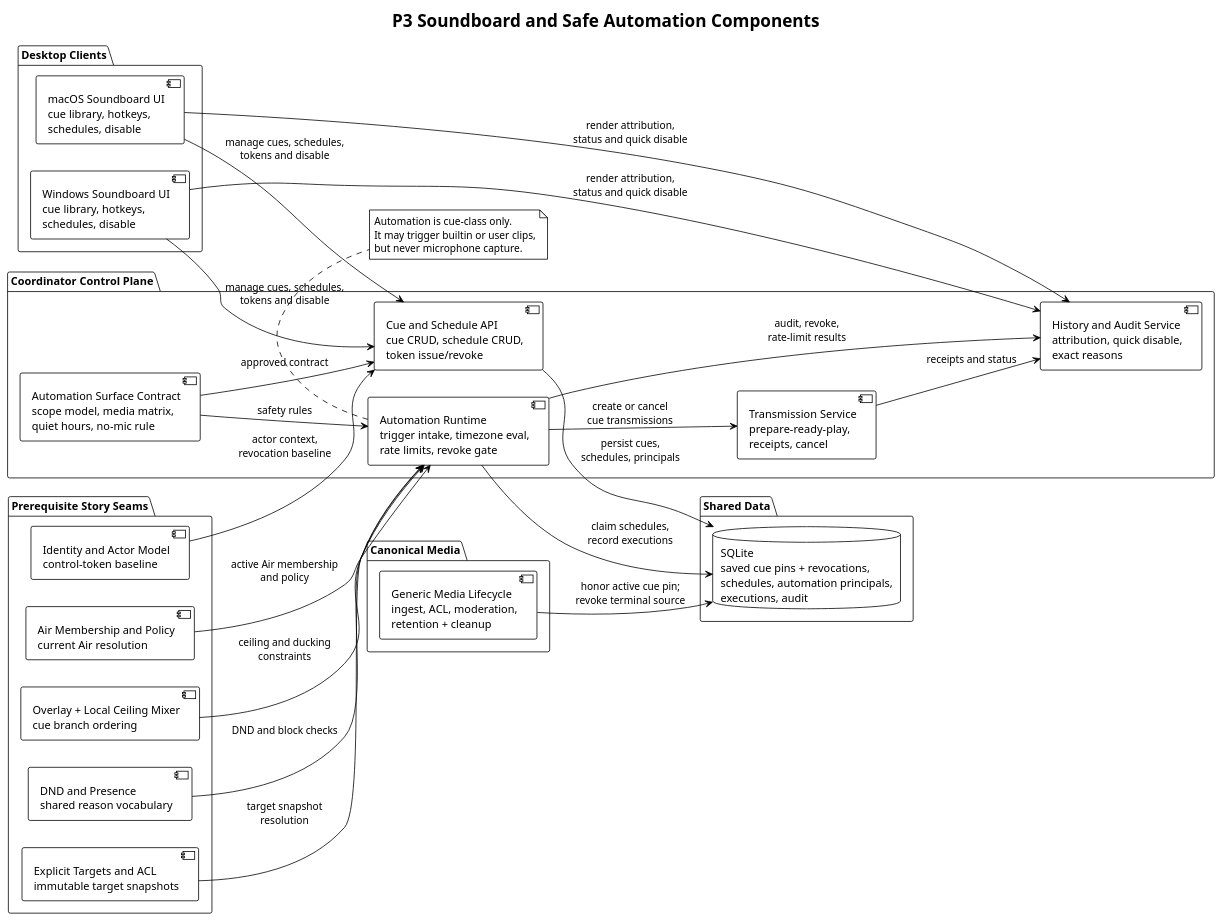
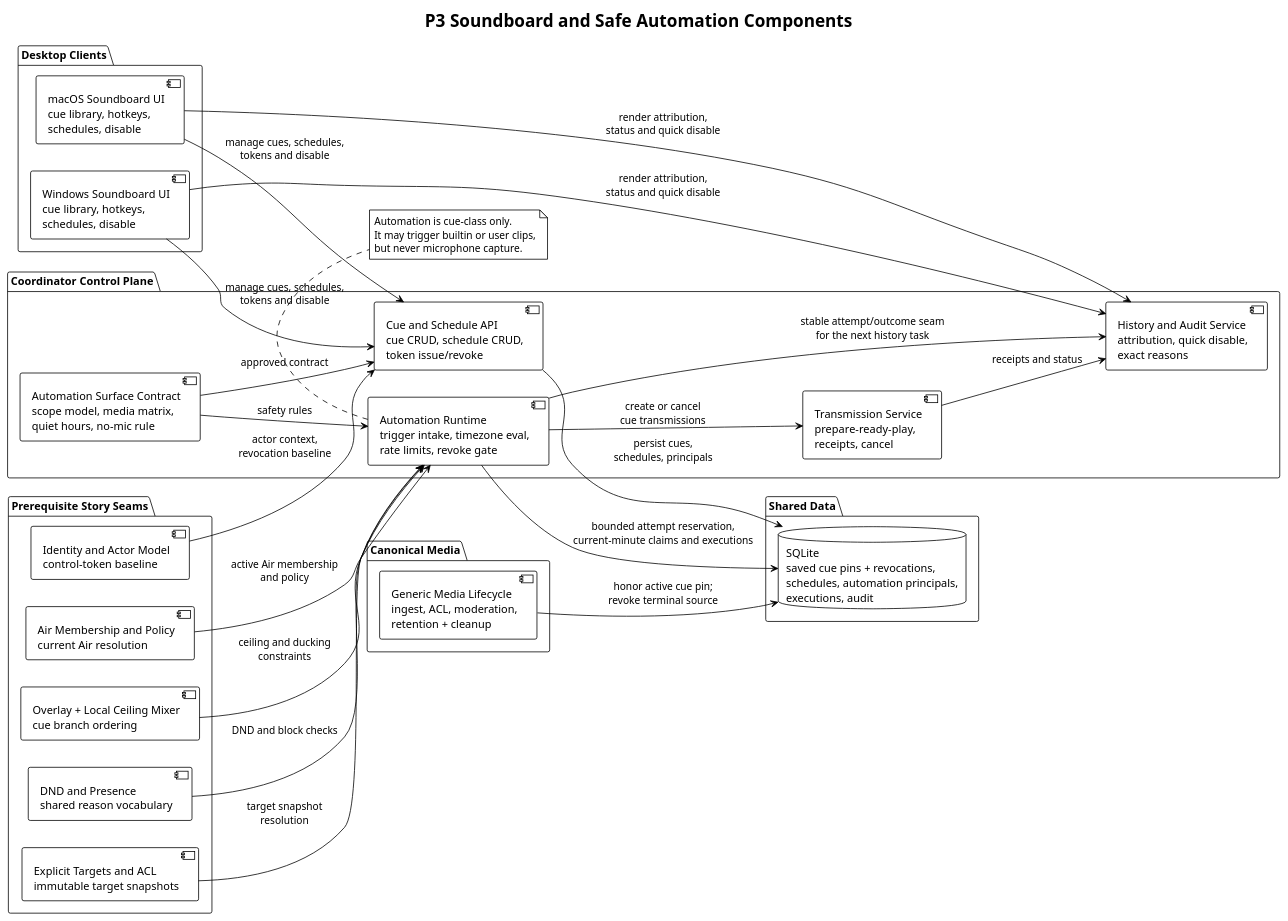
The diagram in docs/diagrams/p3-soundboard-automation-components.puml (relux-works/barycenter), drawn with PlantUML before and after one commit. The commit also changed 17 other files, not shown here.

Commit message:
feat(automation): add safe bounded runtime

```diff
--- a/docs/diagrams/p3-soundboard-automation-components.puml
+++ b/docs/diagrams/p3-soundboard-automation-components.puml
@@ -1,62 +1,62 @@
 @startuml
 !theme plain
 left to right direction
 
 title P3 Soundboard and Safe Automation Components
 
 package "Desktop Clients" {
   component "macOS Soundboard UI\ncue library, hotkeys,\nschedules, disable" as MacUI
   component "Windows Soundboard UI\ncue library, hotkeys,\nschedules, disable" as WinUI
 }
 
 package "Coordinator Control Plane" {
   component "Automation Surface Contract\nscope model, media matrix,\nquiet hours, no-mic rule" as Contract
   component "Cue and Schedule API\ncue CRUD, schedule CRUD,\ntoken issue/revoke" as ControlAPI
   component "Automation Runtime\ntrigger intake, timezone eval,\nrate limits, revoke gate" as Runtime
   component "Transmission Service\nprepare-ready-play,\nreceipts, cancel" as Tx
   component "History and Audit Service\nattribution, quick disable,\nexact reasons" as History
 }
 
 package "Shared Data" {
   database "SQLite\nsaved cue pins + revocations,\nschedules, automation principals,\nexecutions, audit" as DB
 }
 
 package "Canonical Media" {
   component "Generic Media Lifecycle\ningest, ACL, moderation,\nretention + cleanup" as Media
 }
 
 package "Prerequisite Story Seams" {
   component "Identity and Actor Model\ncontrol-token baseline" as Identity
   component "DND and Presence\nshared reason vocabulary" as Presence
   component "Explicit Targets and ACL\nimmutable target snapshots" as Targets
   component "Air Membership and Policy\ncurrent Air resolution" as Air
   component "Overlay + Local Ceiling Mixer\ncue branch ordering" as Mixer
 }
 
 MacUI --> ControlAPI : manage cues, schedules,\ntokens and disable
 WinUI --> ControlAPI : manage cues, schedules,\ntokens and disable
 MacUI --> History : render attribution,\nstatus and quick disable
 WinUI --> History : render attribution,\nstatus and quick disable
 
 Contract --> ControlAPI : approved contract
 Contract --> Runtime : safety rules
 ControlAPI --> DB : persist cues,\nschedules, principals
 Media --> DB : honor active cue pin;\nrevoke terminal source
-Runtime --> DB : claim schedules,\nrecord executions
+Runtime --> DB : bounded attempt reservation,\ncurrent-minute claims and executions
 Runtime --> Tx : create or cancel\ncue transmissions
 Tx --> History : receipts and status
-Runtime --> History : audit, revoke,\nrate-limit results
+Runtime --> History : stable attempt/outcome seam\nfor the next history task
 
 Identity --> ControlAPI : actor context,\nrevocation baseline
 Presence --> Runtime : DND and block checks
 Targets --> Runtime : target snapshot\nresolution
 Air --> Runtime : active Air membership\nand policy
 Mixer --> Runtime : ceiling and ducking\nconstraints
 
 note bottom of Runtime
   Automation is cue-class only.
   It may trigger builtin or user clips,
   but never microphone capture.
 end note
 
 @enduml
```
